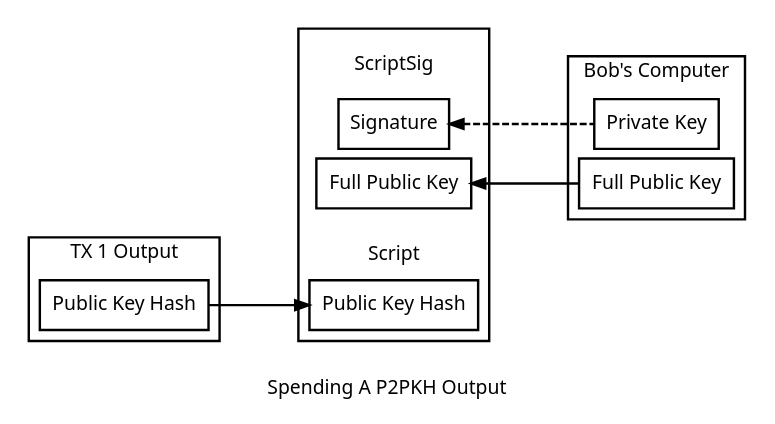
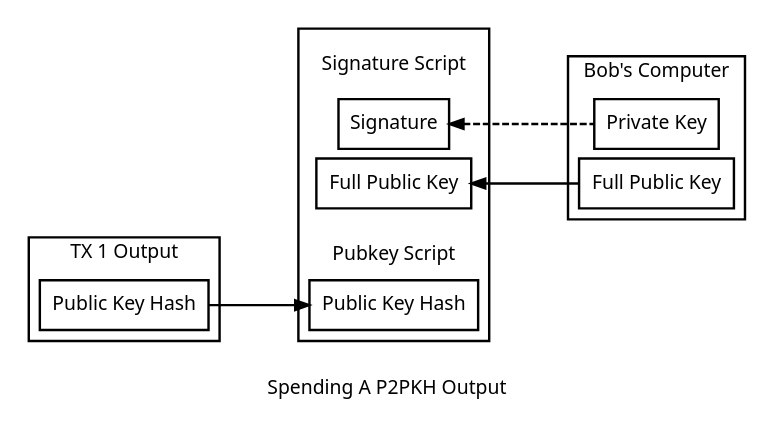
Before and after one commit to bitcoin-dot-org/Bitcoin.org: the diagram in img/dev/en-unlocking-p2pkh-output.dot, drawn with Graphviz. The commit also changed 28 other files, not shown here.

First line of the commit message:
Use Terms "Pubkey Script" And "Signature Script"

```diff
--- a/img/dev/en-unlocking-p2pkh-output.dot
+++ b/img/dev/en-unlocking-p2pkh-output.dot
@@ -1,48 +1,48 @@
 digraph blockchain {
 
 size="6.25";
 
 //splines = "false";
 rankdir=LR;
 //ranksep=0.1;
 //splines=ortho;
 overlap = false;
 nodesep = 0.1;
 
 node [ fontname="Sans", shape = box, penwidth = 1.75 ];
 edge [ fontname="Sans", penwidth = 1.75, minlen = 2 ];
 graph [ fontname="Sans" ];
 penwidth = 1.75;
 
 subgraph cluster_tx2 {
-    scriptSig [ label = "ScriptSig", shape = "none" ];
+    scriptSig [ label = "Signature Script", shape = "none" ];
     tx2_signature [ label = "Signature" ];
     tx2_full_public_key [ label = "Full Public Key" ];
-    script [ label = " \nScript", shape = "none" ];
+    script [ label = " \nPubkey Script", shape = "none" ];
     tx2_pubkey_hash [ label = "Public Key Hash" ];
 
 }
 
 subgraph cluster_tx1 {
     tx1_pubkey_hash [ label = "Public Key Hash" ];
 
     label = "TX 1 Output"
 }
 
 subgraph cluster_bob {
     private_key [ label = "Private Key" ];
     full_public_key [ label = "Full Public Key" ];
 
     label = "Bob's Computer"
 }
 
 tx1_pubkey_hash -> tx2_pubkey_hash;
 
 {
     edge [ arrowhead = "none", arrowtail = "normal", dir=both ]
     tx2_full_public_key -> full_public_key;
     tx2_signature -> private_key [ style = "dashed" ];
 }
 
 label = " \nSpending A P2PKH Output"
 }
```
